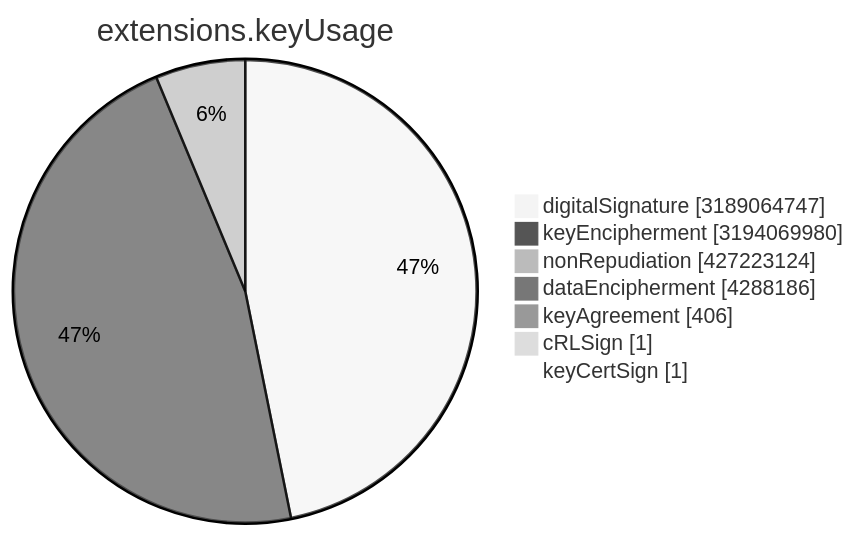
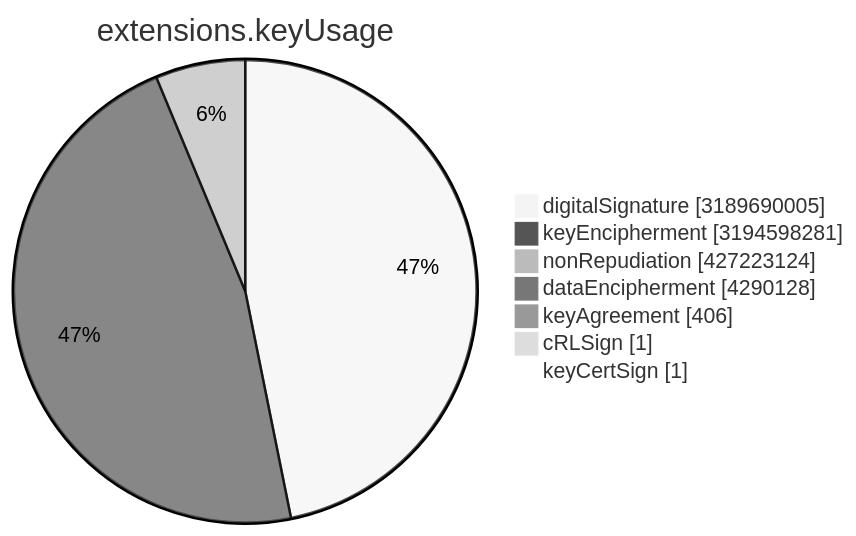
One commit to christiankrug/ctmonitor_visualization changed the sixth of 15 diagrams in TOTAL/README.md. Above: the diagram before and after it, drawn with Mermaid (neutral theme). The commit also changed other lines of this file, not shown here.

````diff
--- a/TOTAL/README.md
+++ b/TOTAL/README.md
@@ -3077,11 +3077,11 @@
 ```mermaid
 pie showData
 title extensions.keyUsage
-"digitalSignature" :3189064747
-"keyEncipherment" :3194069980
+"digitalSignature" :3189690005
+"keyEncipherment" :3194598281
 "nonRepudiation" :427223124
-"dataEncipherment" :4288186
+"dataEncipherment" :4290128
 "keyAgreement" :406
 "cRLSign" :1
 "keyCertSign" :1
 ```
````
